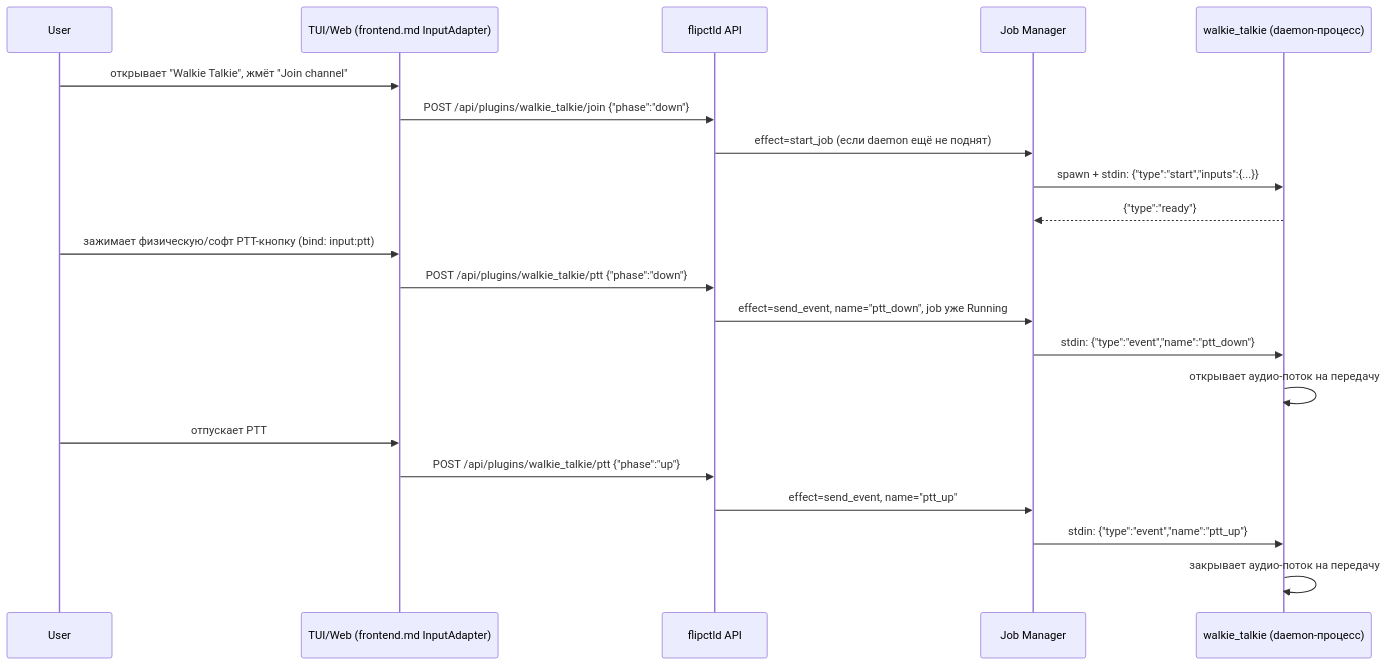
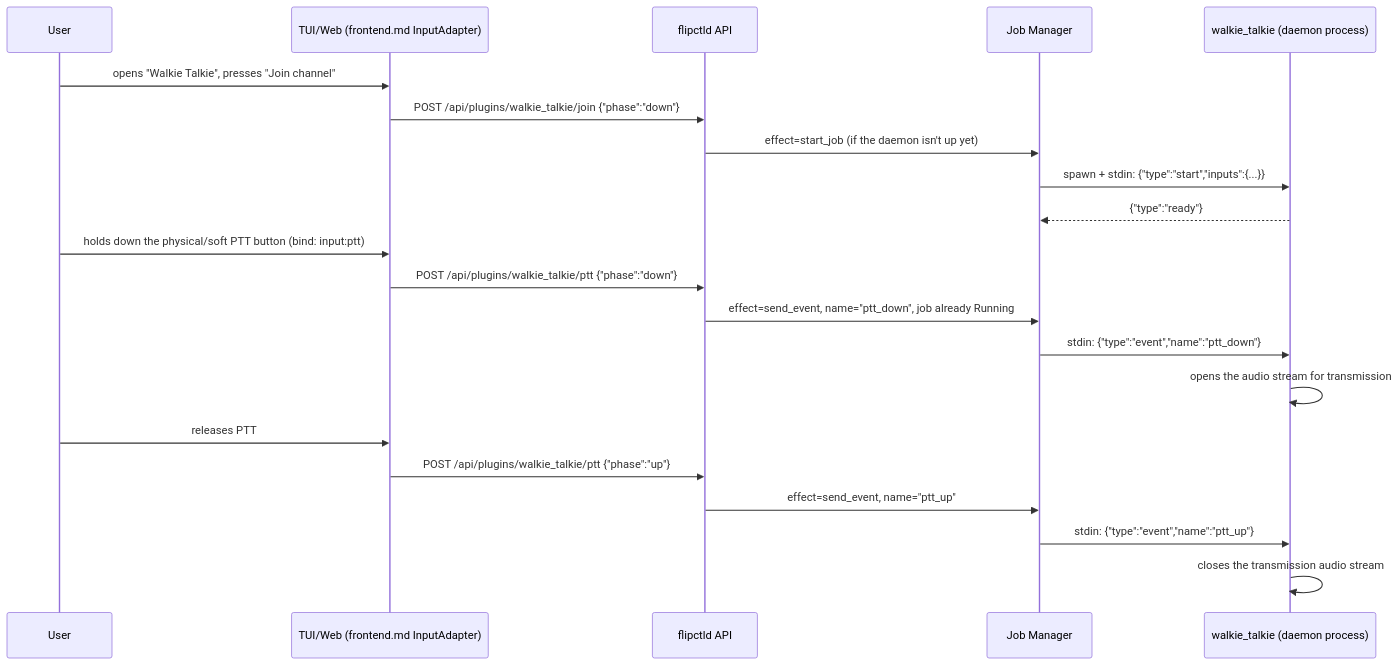
The fifth of 5 diagrams in backend.md (Atarity/flipctl), drawn with Mermaid before and after one commit. The commit also changed other lines of this file and 12 other files, not shown here.

````diff
--- a/backend.md
+++ b/backend.md
@@ -369,26 +405,26 @@
 ```mermaid
 sequenceDiagram
     participant User
     participant TUI as TUI/Web (frontend.md InputAdapter)
     participant API as flipctld API
     participant JM as Job Manager
-    participant PROC as walkie_talkie (daemon-процесс)
+    participant PROC as walkie_talkie (daemon process)
 
-    User->>TUI: открывает "Walkie Talkie", жмёт "Join channel"
+    User->>TUI: opens "Walkie Talkie", presses "Join channel"
     TUI->>API: POST /api/plugins/walkie_talkie/join {"phase":"down"}
-    API->>JM: effect=start_job (если daemon ещё не поднят)
+    API->>JM: effect=start_job (if the daemon isn't up yet)
     JM->>PROC: spawn + stdin: {"type":"start","inputs":{...}}
     PROC-->>JM: {"type":"ready"}
 
-    User->>TUI: зажимает физическую/софт PTT-кнопку (bind: input:ptt)
+    User->>TUI: holds down the physical/soft PTT button (bind: input:ptt)
     TUI->>API: POST /api/plugins/walkie_talkie/ptt {"phase":"down"}
-    API->>JM: effect=send_event, name="ptt_down", job уже Running
+    API->>JM: effect=send_event, name="ptt_down", job already Running
     JM->>PROC: stdin: {"type":"event","name":"ptt_down"}
-    PROC->>PROC: открывает аудио-поток на передачу
+    PROC->>PROC: opens the audio stream for transmission
 
-    User->>TUI: отпускает PTT
+    User->>TUI: releases PTT
     TUI->>API: POST /api/plugins/walkie_talkie/ptt {"phase":"up"}
     API->>JM: effect=send_event, name="ptt_up"
     JM->>PROC: stdin: {"type":"event","name":"ptt_up"}
-    PROC->>PROC: закрывает аудио-поток на передачу
+    PROC->>PROC: closes the transmission audio stream
 ```
````
